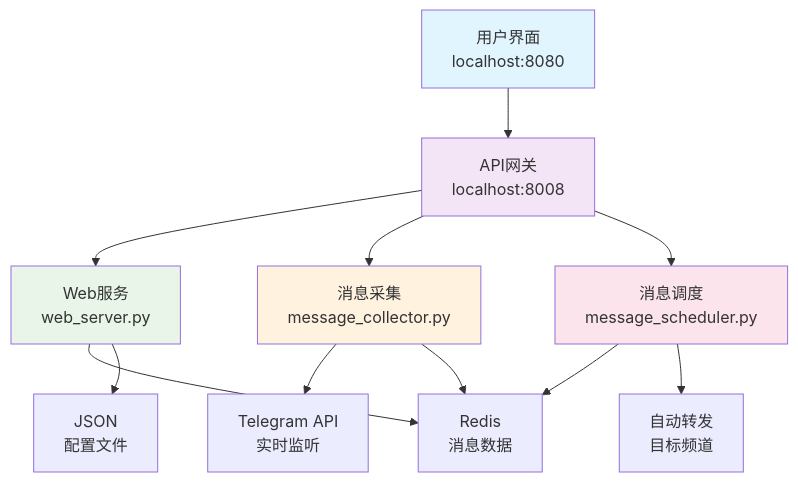
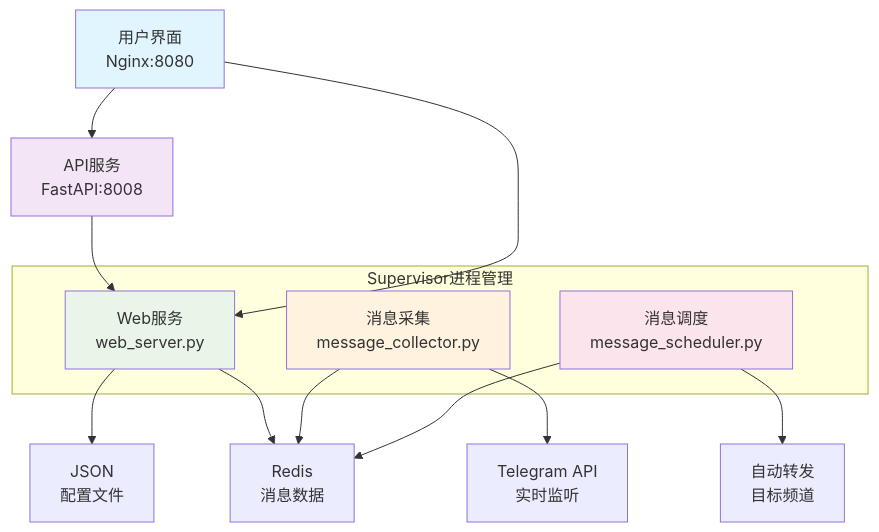
One commit to xmdragon/telegram_channel_bot changed the diagram in README.md. Above: the diagram before and after it, drawn with Mermaid. The commit also changed other lines of this file and 1 other file, not shown here.

````diff
--- a/README.md
+++ b/README.md
@@ -111,23 +116,28 @@
 ```mermaid
 graph TB
-    A[用户界面<br/>localhost:8080] --> B[API网关<br/>localhost:8008]
+    A[用户界面<br/>Nginx:8080] --> B[API服务<br/>FastAPI:8008]
 
-    B --> C[Web服务<br/>web_server.py]
-    B --> D[消息采集<br/>message_collector.py]
-    B --> E[消息调度<br/>message_scheduler.py]
+    subgraph "Supervisor进程管理"
+        C[Web服务<br/>web_server.py]
+        D[消息采集<br/>message_collector.py]
+        E[消息调度<br/>message_scheduler.py]
+    end
+
+    B --> C
+    A --> C
 
     C --> F[Redis<br/>消息数据]
     C --> G[JSON<br/>配置文件]
 
     D --> H[Telegram API<br/>实时监听]
     D --> F
 
     E --> F
     E --> I[自动转发<br/>目标频道]
 
     style A fill:#e1f5fe
     style B fill:#f3e5f5
     style C fill:#e8f5e8
     style D fill:#fff3e0
     style E fill:#fce4ec
 ```
````
